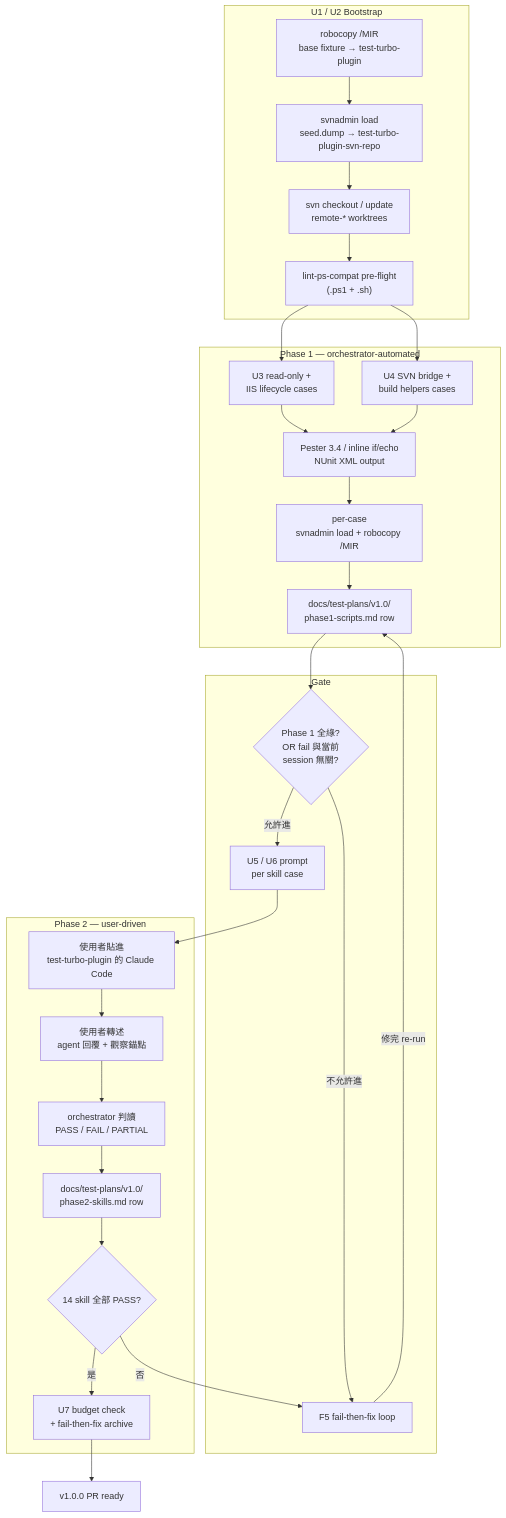
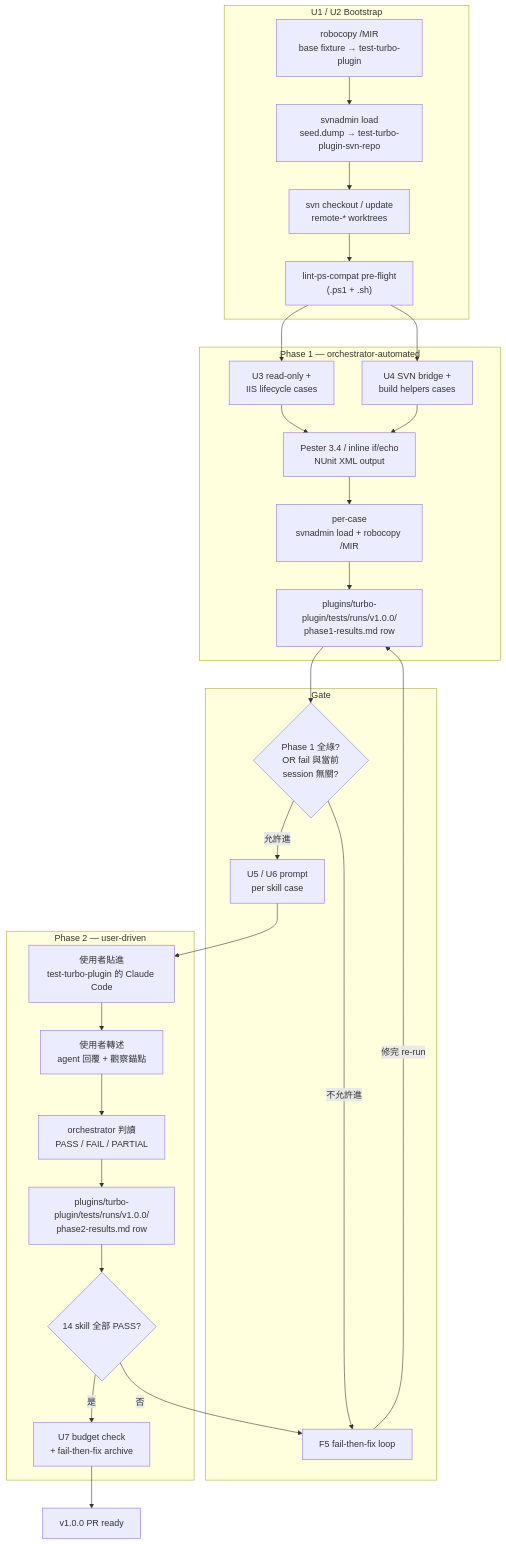
Before and after one commit to Bryant-Tang/turbo-plugins-claude: the diagram in docs/plans/2026-05-27-001-feat-turbo-plugin-v1.0-manual-test-plan.md, drawn with Mermaid. The commit also changed other lines of this file and 124 other files, not shown here.

First line of the commit message:
refactor(turbo-plugin-test): per-plugin tests/ + 持久 vs per-release runs/v1.0.0/ split

````diff
--- a/docs/plans/2026-05-27-001-feat-turbo-plugin-v1.0-manual-test-plan.md
+++ b/docs/plans/2026-05-27-001-feat-turbo-plugin-v1.0-manual-test-plan.md
@@ -26,36 +26,36 @@
 ```mermaid
 flowchart TD
   subgraph BootstrapStage["U1 / U2 Bootstrap"]
     A["robocopy /MIR<br>base fixture → test-turbo-plugin"] --> B["svnadmin load<br>seed.dump → test-turbo-plugin-svn-repo"]
     B --> C["svn checkout / update<br>remote-* worktrees"]
     C --> D["lint-ps-compat pre-flight<br>(.ps1 + .sh)"]
   end
 
   subgraph Phase1["Phase 1 — orchestrator-automated"]
     D --> E1["U3 read-only +<br>IIS lifecycle cases"]
     D --> E2["U4 SVN bridge +<br>build helpers cases"]
     E1 --> F1["Pester 3.4 / inline if/echo<br>NUnit XML output"]
     E2 --> F1
     F1 --> G["per-case<br>svnadmin load + robocopy /MIR"]
-    G --> H["docs/test-plans/v1.0/<br>phase1-scripts.md row"]
+    G --> H["plugins/turbo-plugin/tests/runs/v1.0.0/<br>phase1-results.md row"]
   end
 
   subgraph Phase1Gate["Gate"]
     H --> I{"Phase 1 全綠?<br>OR fail 與當前<br>session 無關?"}
     I -->|不允許進| J["F5 fail-then-fix loop"]
     J -->|修完 re-run| H
     I -->|允許進| K
   end
 
   subgraph Phase2["Phase 2 — user-driven"]
     K["U5 / U6 prompt<br>per skill case"] --> L["使用者貼進<br>test-turbo-plugin 的 Claude Code"]
     L --> M["使用者轉述<br>agent 回覆 + 觀察錨點"]
     M --> N["orchestrator 判讀<br>PASS / FAIL / PARTIAL"]
-    N --> O["docs/test-plans/v1.0/<br>phase2-skills.md row"]
+    N --> O["plugins/turbo-plugin/tests/runs/v1.0.0/<br>phase2-results.md row"]
     O --> P{14 skill 全部 PASS?}
     P -->|否| J
     P -->|是| Q["U7 budget check<br>+ fail-then-fix archive"]
   end
 
   Q --> R["v1.0.0 PR ready"]
 ```
````
